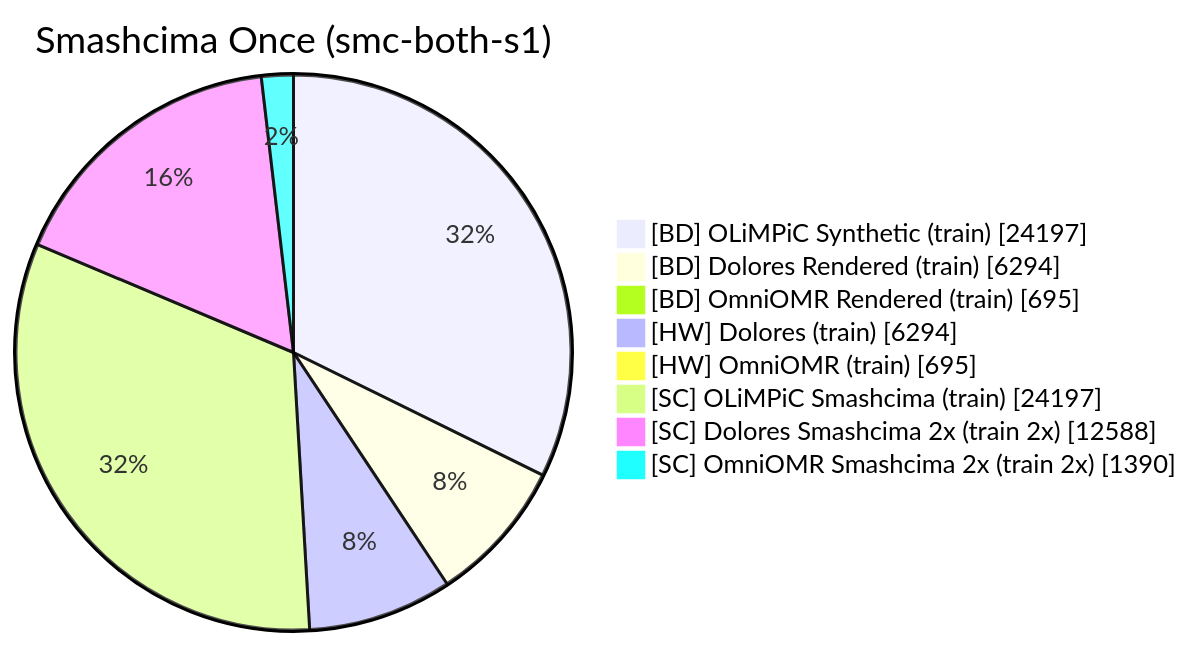
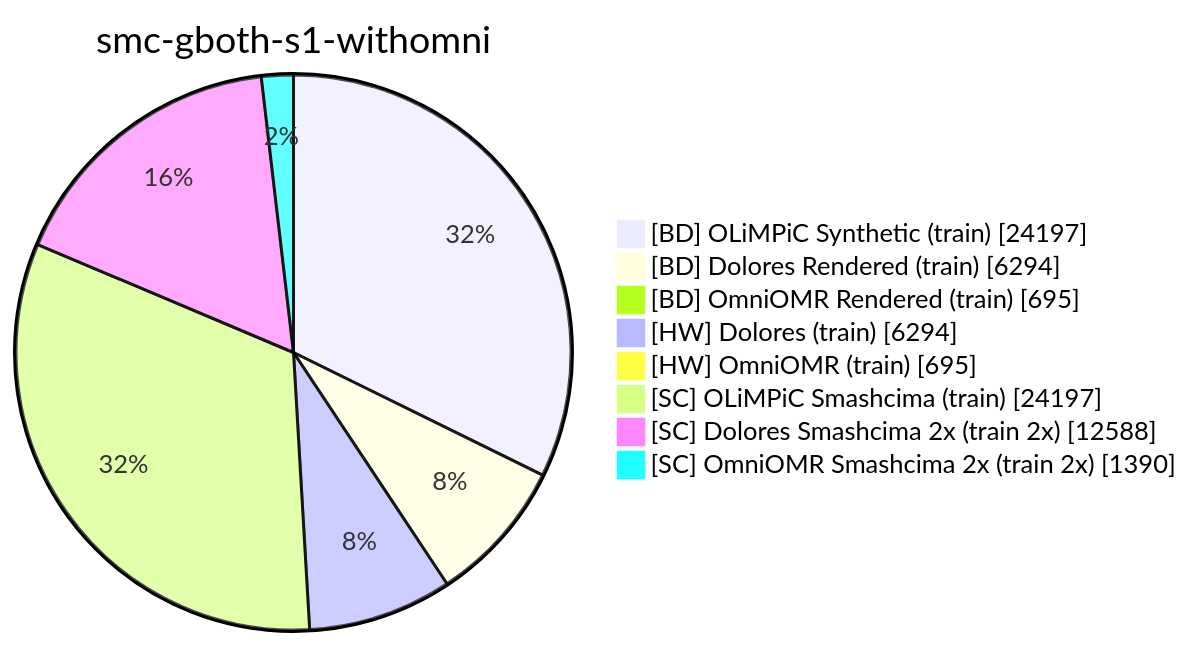
One commit to Jirka-Mayer/ijdar changed the fifth of 8 diagrams in docs/smashcima.md. Above: the diagram before and after it, drawn with Mermaid. The commit also changed other lines of this file and 2 other files, not shown here.

Commit message:
Prepared smc baseline experiments

````diff
--- a/docs/smashcima.md
+++ b/docs/smashcima.md
@@ -68,11 +124,11 @@
 ```mermaid
-pie showData title Smashcima Once (smc-both-s1)
+pie showData title smc-gboth-s1-withomni
     "[BD] OLiMPiC Synthetic (train)" : 24197
     "[BD] Dolores Rendered (train)" : 6294
     "[BD] OmniOMR Rendered (train)" : 695
     "[HW] Dolores (train)" : 6294
     "[HW] OmniOMR (train)" : 695
     "[SC] OLiMPiC Smashcima (train)" : 24197
     "[SC] Dolores Smashcima 2x (train 2x)" : 12588
     "[SC] OmniOMR Smashcima 2x (train 2x)" : 1390
 ```
````
